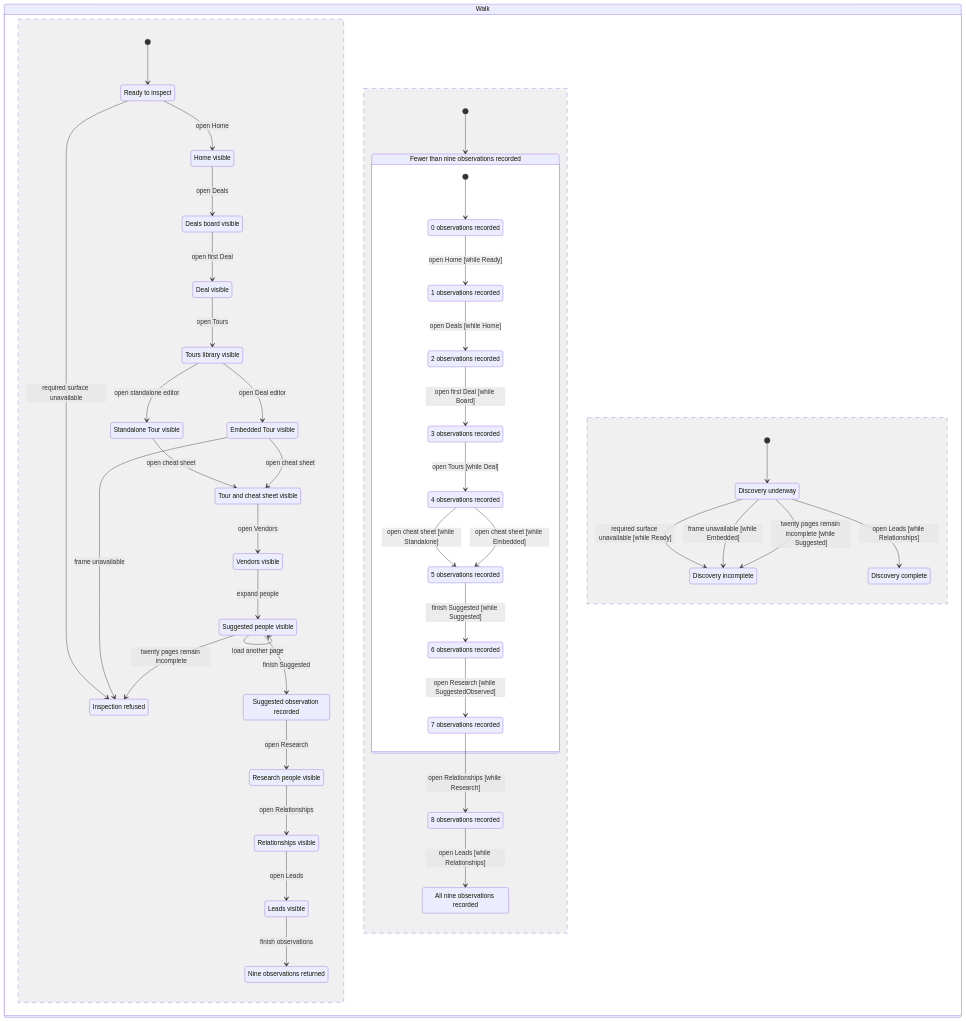
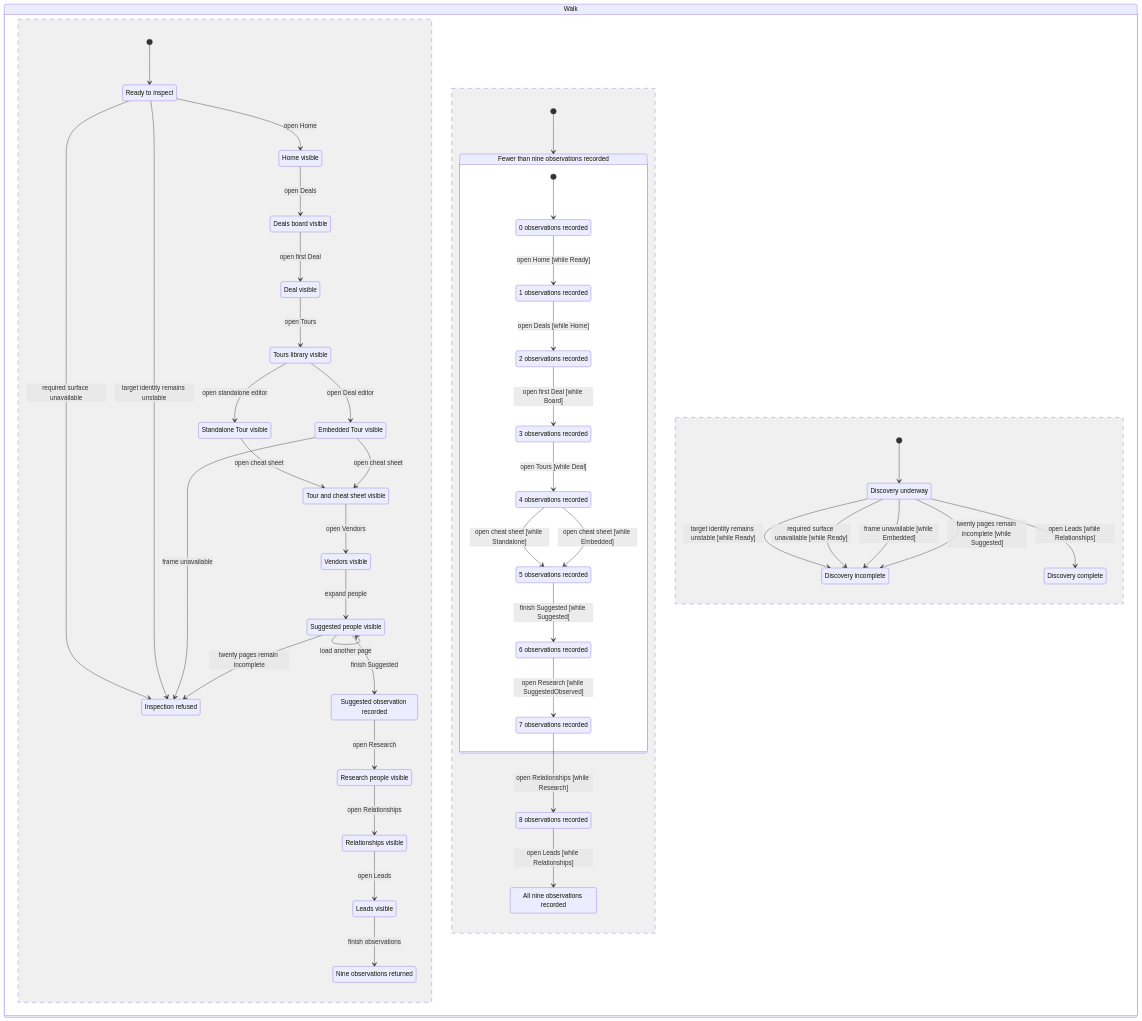
The diagram in docs/testing/v2-accessibility-walk.mmd (jbookout/doctorcre-app), drawn with Mermaid before and after one commit. The commit also changed 4 other files, not shown here.

```diff
--- a/docs/testing/v2-accessibility-walk.mmd
+++ b/docs/testing/v2-accessibility-walk.mmd
@@ -1,89 +1,92 @@
 stateDiagram-v2
   state Walk {
     [*] --> Ready
     Ready --> Home: open Home
     Ready --> Incomplete: required surface unavailable
+    Ready --> Incomplete: target identity remains unstable
     Home --> Board: open Deals
     Board --> Deal: open first Deal
     Deal --> Tours: open Tours
     Tours --> Standalone: open standalone editor
     Tours --> Embedded: open Deal editor
     Embedded --> Incomplete: frame unavailable
     Standalone --> Sheet: open cheat sheet
     Embedded --> Sheet: open cheat sheet
     Sheet --> Vendors: open Vendors
     Vendors --> Suggested: expand people
     Suggested --> Suggested: load another page
     Suggested --> Incomplete: twenty pages remain incomplete
     Suggested --> SuggestedObserved: finish Suggested
     SuggestedObserved --> Research: open Research
     Research --> Relationships: open Relationships
     Relationships --> Leads: open Leads
     Leads --> Complete: finish observations
     state "Ready to inspect" as Ready
     state "Home visible" as Home
     state "Deals board visible" as Board
     state "Deal visible" as Deal
     state "Tours library visible" as Tours
     state "Standalone Tour visible" as Standalone
     state "Embedded Tour visible" as Embedded
     state "Tour and cheat sheet visible" as Sheet
     state "Vendors visible" as Vendors
     state "Suggested people visible" as Suggested
     state "Suggested observation recorded" as SuggestedObserved
     state "Research people visible" as Research
     state "Relationships visible" as Relationships
     state "Leads visible" as Leads
     state "Nine observations returned" as Complete
     state "Inspection refused" as Incomplete
   --
   [*] --> ObservationsPending
   state "Fewer than nine observations recorded" as ObservationsPending {
     [*] --> Observed0
     Observed0 --> Observed1: open Home [while Ready]
     %% when Ready
     Observed1 --> Observed2: open Deals [while Home]
     %% when Home
     Observed2 --> Observed3: open first Deal [while Board]
     %% when Board
     Observed3 --> Observed4: open Tours [while Deal]
     %% when Deal
     Observed4 --> Observed5: open cheat sheet [while Standalone]
     %% when Standalone
     Observed4 --> Observed5: open cheat sheet [while Embedded]
     %% when Embedded
     Observed5 --> Observed6: finish Suggested [while Suggested]
     %% when Suggested
     Observed6 --> Observed7: open Research [while SuggestedObserved]
     %% when SuggestedObserved
     Observed7 --> Observed8: open Relationships [while Research]
     %% when Research
     state "0 observations recorded" as Observed0
     state "1 observations recorded" as Observed1
     state "2 observations recorded" as Observed2
     state "3 observations recorded" as Observed3
     state "4 observations recorded" as Observed4
     state "5 observations recorded" as Observed5
     state "6 observations recorded" as Observed6
     state "7 observations recorded" as Observed7
     state "8 observations recorded" as Observed8
   }
   Observed8 --> Observed9: open Leads [while Relationships]
   %% when Relationships
   state "All nine observations recorded" as Observed9
   --
   [*] --> Discovering
+  Discovering --> DiscoveryIncomplete: target identity remains unstable [while Ready]
+  %% when Ready
   Discovering --> DiscoveryIncomplete: required surface unavailable [while Ready]
   %% when Ready
   Discovering --> DiscoveryIncomplete: frame unavailable [while Embedded]
   %% when Embedded
   Discovering --> DiscoveryIncomplete: twenty pages remain incomplete [while Suggested]
   %% when Suggested
   Discovering --> DiscoveryComplete: open Leads [while Relationships]
   %% when Relationships
   state "Discovery underway" as Discovering
   state "Discovery incomplete" as DiscoveryIncomplete
   state "Discovery complete" as DiscoveryComplete
   }
   %% never CompletionRequiresNine: Nine observations returned & Fewer than nine observations recorded -- Completion requires all nine surface observations.
   %% never IncompleteDiscoveryRefusesCompletion: Nine observations returned & Discovery incomplete -- Incomplete discovery refuses completion.
```
